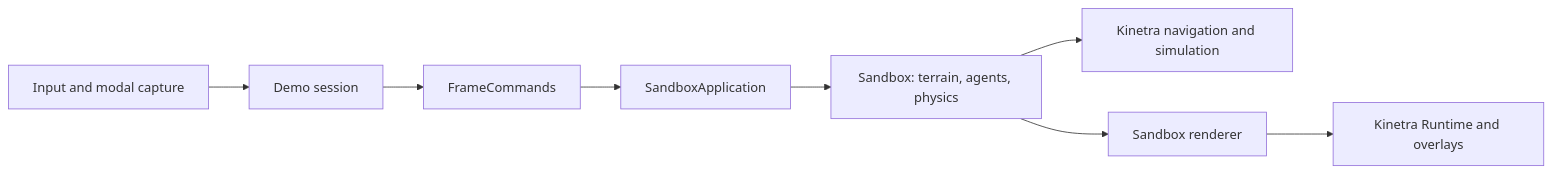
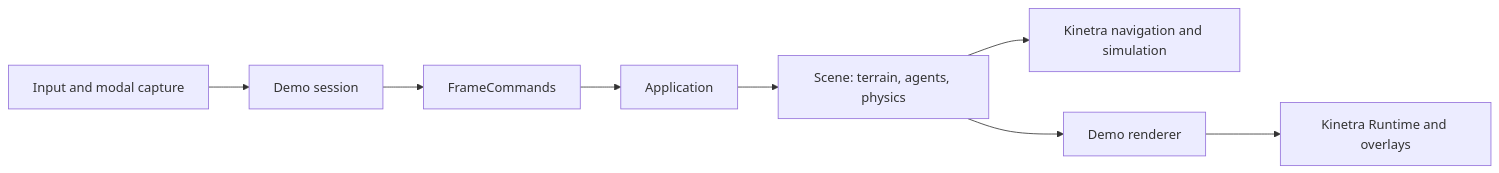
The first of 2 diagrams in labs/demo/README.md (SMB-M87/Kinetra-Lab), drawn with Mermaid before and after one commit. The commit also changed other lines of this file and 40 other files, not shown here.

````diff
--- a/labs/demo/README.md
+++ b/labs/demo/README.md
@@ -20,10 +20,10 @@
 ```mermaid
 flowchart LR
     Input["Input and modal capture"] --> Session["Demo session"]
     Session --> Commands["FrameCommands"]
-    Commands --> App["SandboxApplication"]
-    App --> Scene["Sandbox: terrain, agents, physics"]
+    Commands --> App["Application"]
+    App --> Scene["Scene: terrain, agents, physics"]
     Scene --> Engine["Kinetra navigation and simulation"]
-    Scene --> Renderer["Sandbox renderer"]
+    Scene --> Renderer["Demo renderer"]
     Renderer --> Runtime["Kinetra Runtime and overlays"]
 ```
````
